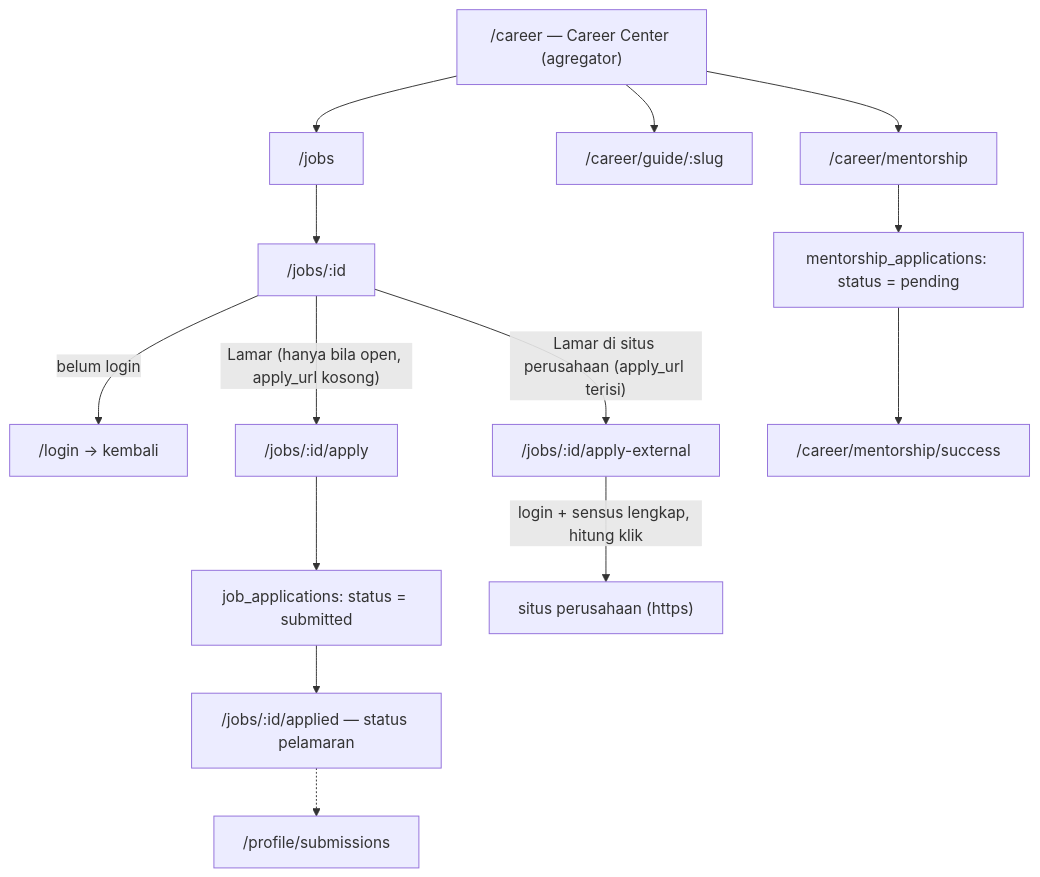
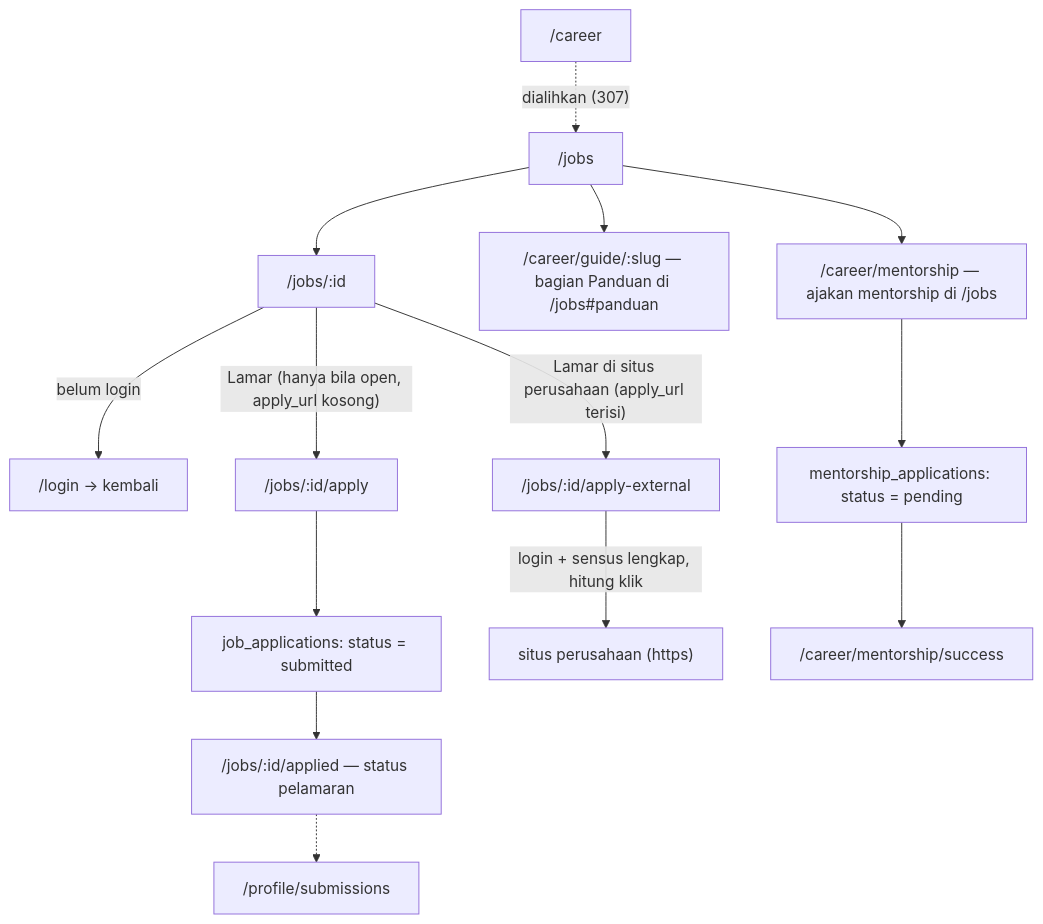
Before and after one commit to ppit-nanjing/PPIT_nanjing: the first of 2 diagrams in docs/Career Flow.md, drawn with Mermaid. The commit also changed other lines of this file and 15 other files, not shown here.

First line of the commit message:
feat(jobs): merge the /career page into /jobs

````diff
--- a/docs/Career Flow.md
+++ b/docs/Career Flow.md
@@ -9,17 +9,17 @@
 ```mermaid
 flowchart TD
     Jobs["/jobs"] --> Detail["/jobs/:id"]
     Detail -->|belum login| Login["/login → kembali"]
     Detail -->|"Lamar (hanya bila open, apply_url kosong)"| Apply["/jobs/:id/apply"]
     Apply --> Submit["job_applications: status = submitted"]
     Submit --> Applied["/jobs/:id/applied — status pelamaran"]
     Applied -.-> History["/profile/submissions"]
     Detail -->|"Lamar di situs perusahaan (apply_url terisi)"| Ext["/jobs/:id/apply-external"]
     Ext -->|"login + sensus lengkap, hitung klik"| Company["situs perusahaan (https)"]
 
-    Career["/career — Career Center (agregator)"] --> Jobs
-    Career --> Guide["/career/guide/:slug"]
-    Career --> Mentor["/career/mentorship"]
+    Jobs --> Guide["/career/guide/:slug — bagian Panduan di /jobs#panduan"]
+    Jobs --> Mentor["/career/mentorship — ajakan mentorship di /jobs"]
+    OldCareer["/career"] -.->|"dialihkan (307)"| Jobs
     Mentor --> MentorSubmit["mentorship_applications: status = pending"]
     MentorSubmit --> MentorOk["/career/mentorship/success"]
 ```
````
